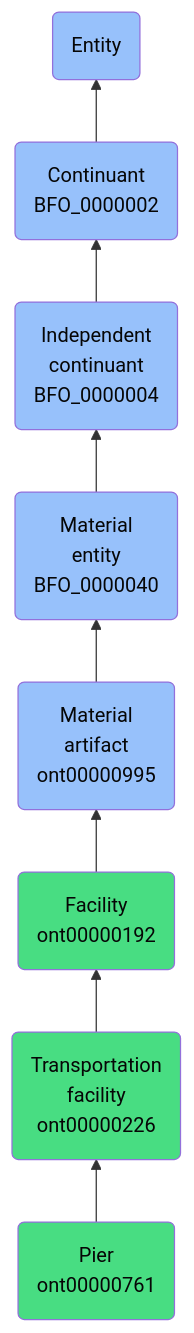
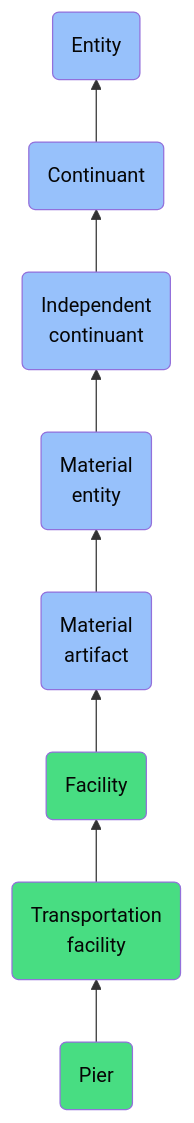
The diagram in docs/ontology/reference/model/Entity/Continuant/Independent continuant/Material entity/Material artifact/Facility/Transportation facility/Pier/Pier.md (jupyter-naas/abi), drawn with Mermaid before and after one commit. The commit also changed other lines of this file and 1430 other files, not shown here.

````diff
--- a/docs/ontology/reference/model/Entity/Continuant/Independent continuant/Material entity/Material artifact/Facility/Transportation facility/Pier/Pier.md
+++ b/docs/ontology/reference/model/Entity/Continuant/Independent continuant/Material entity/Material artifact/Facility/Transportation facility/Pier/Pier.md
@@ -24,15 +24,15 @@
 ```mermaid
 graph BT
-    ont00000761(Pier<br>ont00000761):::ABI-->ont00000226
-    ont00000226(Transportation<br>facility<br>ont00000226):::ABI-->ont00000192
-    ont00000192(Facility<br>ont00000192):::ABI-->ont00000995
-    ont00000995(Material<br>artifact<br>ont00000995):::BFO-->BFO_0000040
-    BFO_0000040(Material<br>entity<br>BFO_0000040):::BFO-->BFO_0000004
-    BFO_0000004(Independent<br>continuant<br>BFO_0000004):::BFO-->BFO_0000002
-    BFO_0000002(Continuant<br>BFO_0000002):::BFO-->BFO_0000001
+    ont00000761(Pier):::ABI-->ont00000226
+    ont00000226(Transportation<br>facility):::ABI-->ont00000192
+    ont00000192(Facility):::ABI-->ont00000995
+    ont00000995(Material<br>artifact):::BFO-->BFO_0000040
+    BFO_0000040(Material<br>entity):::BFO-->BFO_0000004
+    BFO_0000004(Independent<br>continuant):::BFO-->BFO_0000002
+    BFO_0000002(Continuant):::BFO-->BFO_0000001
     BFO_0000001(Entity):::BFO
     
     classDef BFO fill:#97c1fb,color:#060606
     classDef CCO fill:#e4c51e,color:#060606
     classDef ABI fill:#48DD82,color:#060606
 ```
````
